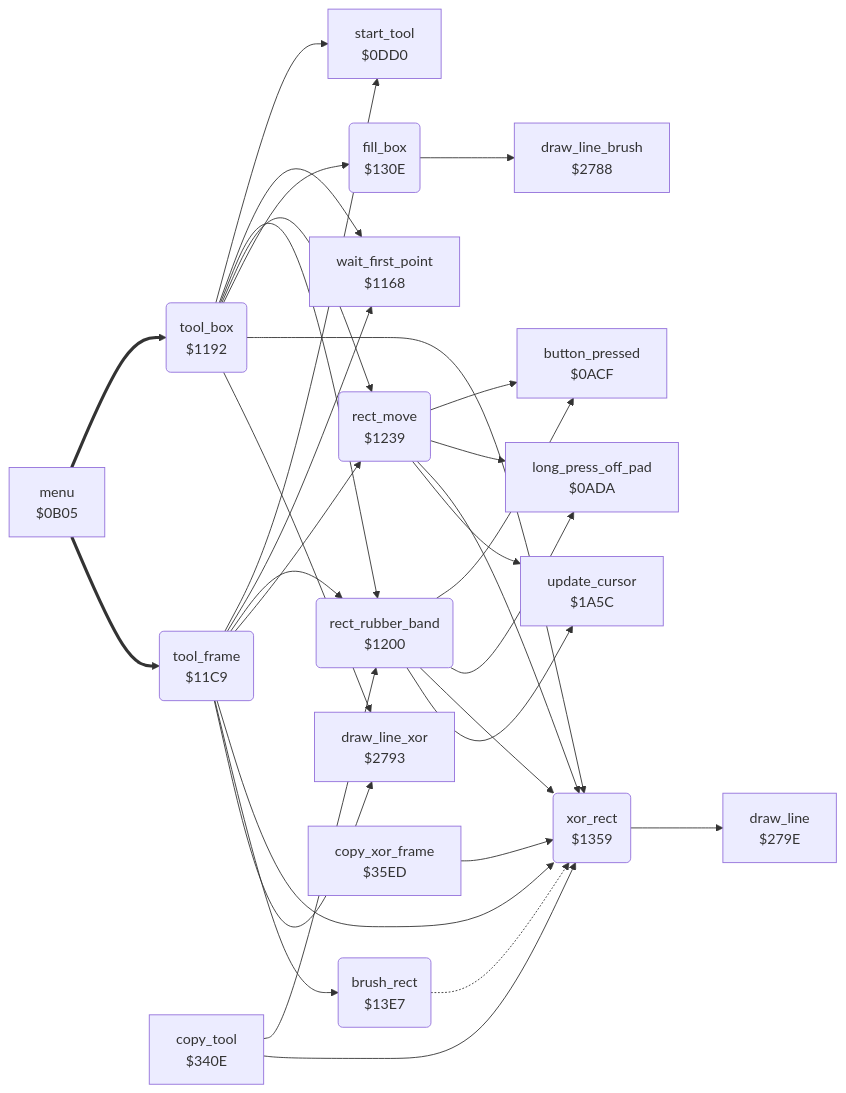
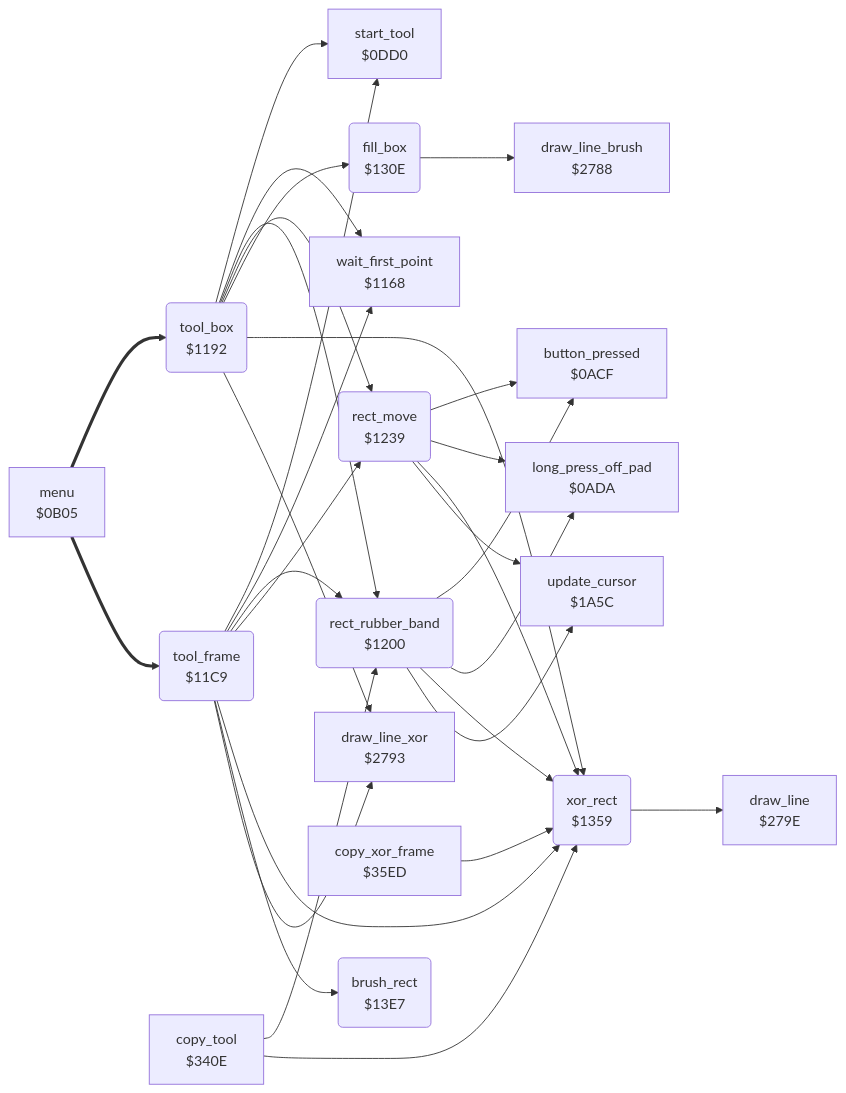
Before and after one commit to henols/c64_games: the diagram in koala_painter/v2/docs/reference/modules/tools/box_frame_tool.md, drawn with Mermaid. The commit also changed other lines of this file and 1100 other files, not shown here.

````diff
--- a/koala_painter/v2/docs/reference/modules/tools/box_frame_tool.md
+++ b/koala_painter/v2/docs/reference/modules/tools/box_frame_tool.md
@@ -10,51 +22,50 @@
 ```mermaid
 flowchart LR
   n0acf["button_pressed<br/>$0ACF"]
   n0ada["long_press_off_pad<br/>$0ADA"]
   n0b05["menu<br/>$0B05"]
   n0dd0["start_tool<br/>$0DD0"]
   n1168["wait_first_point<br/>$1168"]
   n1192("tool_box<br/>$1192")
   n11c9("tool_frame<br/>$11C9")
   n1200("rect_rubber_band<br/>$1200")
   n1239("rect_move<br/>$1239")
   n130e("fill_box<br/>$130E")
   n1359("xor_rect<br/>$1359")
   n13e7("brush_rect<br/>$13E7")
   n1a5c["update_cursor<br/>$1A5C"]
   n2788["draw_line_brush<br/>$2788"]
   n2793["draw_line_xor<br/>$2793"]
   n279e["draw_line<br/>$279E"]
   n340e["copy_tool<br/>$340E"]
   n35ed["copy_xor_frame<br/>$35ED"]
   n0b05 ==> n1192
   n0b05 ==> n11c9
   n1192 --> n0dd0
   n1192 --> n1168
   n1192 --> n1200
   n1192 --> n1239
   n1192 --> n130e
   n1192 --> n1359
   n1192 --> n2793
   n11c9 --> n0dd0
   n11c9 --> n1168
   n11c9 --> n1200
   n11c9 --> n1239
   n11c9 --> n1359
   n11c9 --> n13e7
   n11c9 --> n2793
   n1200 --> n0acf
   n1200 --> n0ada
   n1200 --> n1359
   n1200 --> n1a5c
   n1239 --> n0acf
   n1239 --> n0ada
   n1239 --> n1359
   n1239 --> n1a5c
   n130e --> n2788
   n1359 --> n279e
-  n13e7 -.-> n1359
   n340e --> n1200
   n340e --> n1359
   n35ed --> n1359
 ```
````
